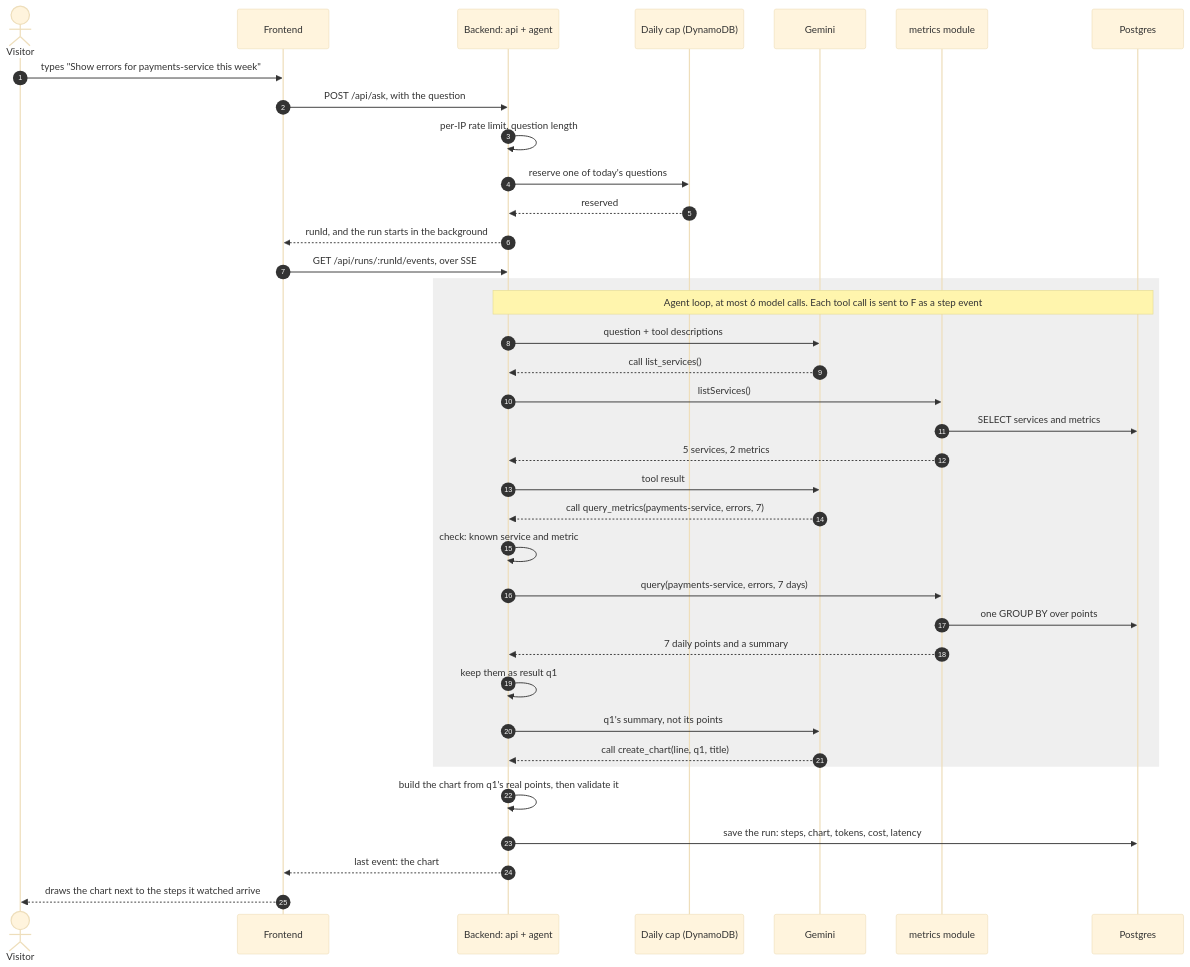
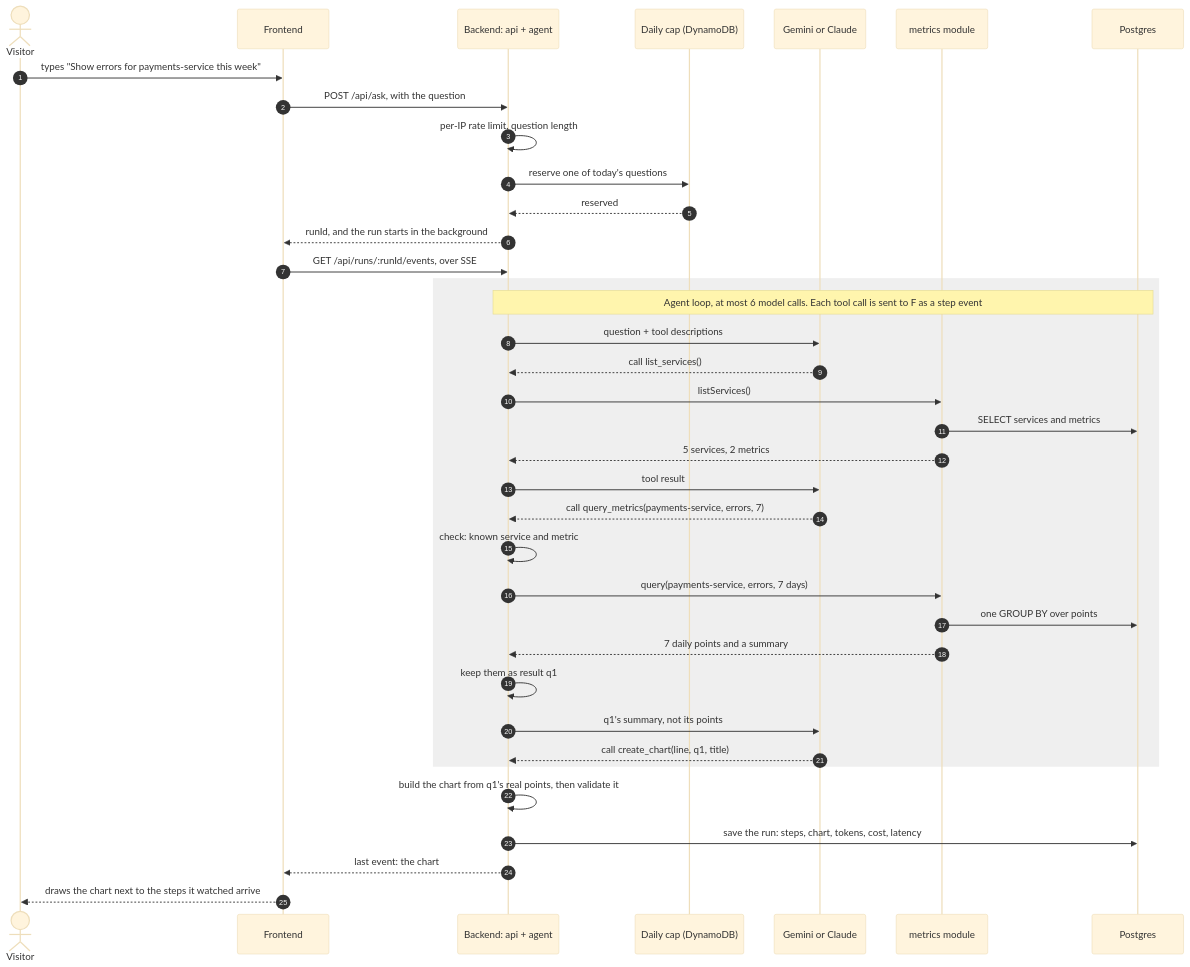
Before and after one commit to vovadyach/dashgen: the fourth of 8 diagrams in docs/design.md, drawn with Mermaid (base theme). The commit also changed other lines of this file and 46 other files, not shown here.

Commit message:
feat: AI_MODEL picks Gemini or Claude Haiku 5.5, with a Claude adapter on Anthropic's SDK

````diff
--- a/docs/design.md
+++ b/docs/design.md
@@ -182,40 +182,40 @@
 ```mermaid
 sequenceDiagram
     autonumber
     actor V as Visitor
     participant F as Frontend
     participant B as Backend: api + agent
     participant C as Daily cap (DynamoDB)
-    participant LLM as Gemini
+    participant LLM as Gemini or Claude
     participant M as metrics module
     participant DB as Postgres
 
     V->>F: types "Show errors for payments-service this week"
     F->>B: POST /api/ask, with the question
     B->>B: per-IP rate limit, question length
     B->>C: reserve one of today's questions
     C-->>B: reserved
     B-->>F: runId, and the run starts in the background
     F->>B: GET /api/runs/:runId/events, over SSE
     rect rgba(127, 127, 127, 0.12)
         Note over B,DB: Agent loop, at most 6 model calls. Each tool call is sent to F as a step event
         B->>LLM: question + tool descriptions
         LLM-->>B: call list_services()
         B->>M: listServices()
         M->>DB: SELECT services and metrics
         M-->>B: 5 services, 2 metrics
         B->>LLM: tool result
         LLM-->>B: call query_metrics(payments-service, errors, 7)
         B->>B: check: known service and metric
         B->>M: query(payments-service, errors, 7 days)
         M->>DB: one GROUP BY over points
         M-->>B: 7 daily points and a summary
         B->>B: keep them as result q1
         B->>LLM: q1's summary, not its points
         LLM-->>B: call create_chart(line, q1, title)
     end
     B->>B: build the chart from q1's real points, then validate it
     B->>DB: save the run: steps, chart, tokens, cost, latency
     B-->>F: last event: the chart
     F-->>V: draws the chart next to the steps it watched arrive
 ```
````
